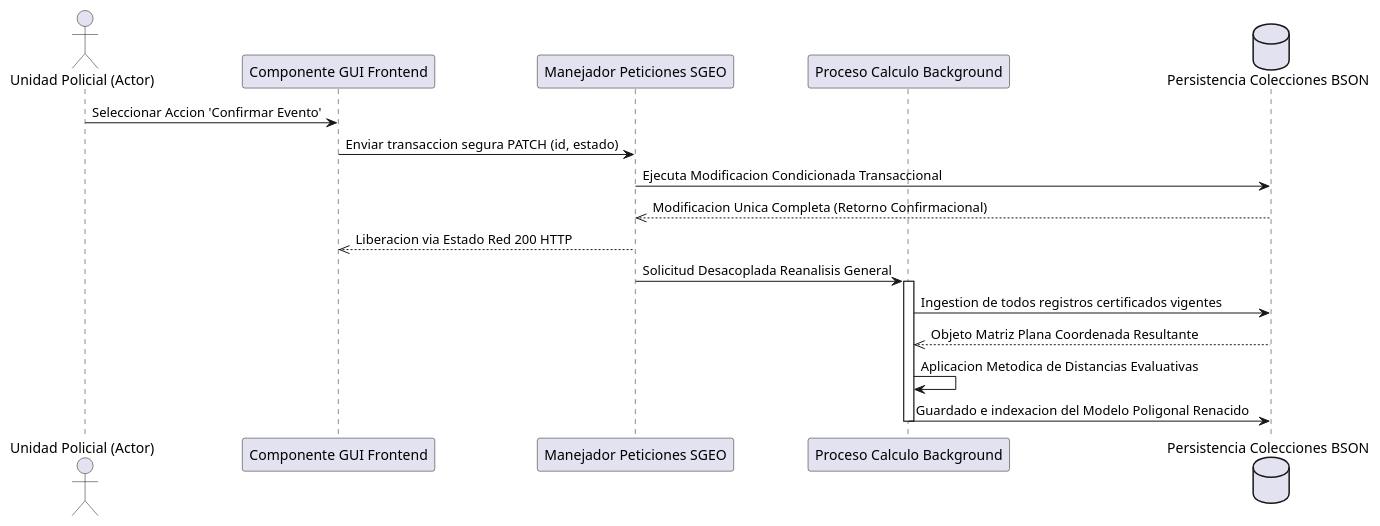
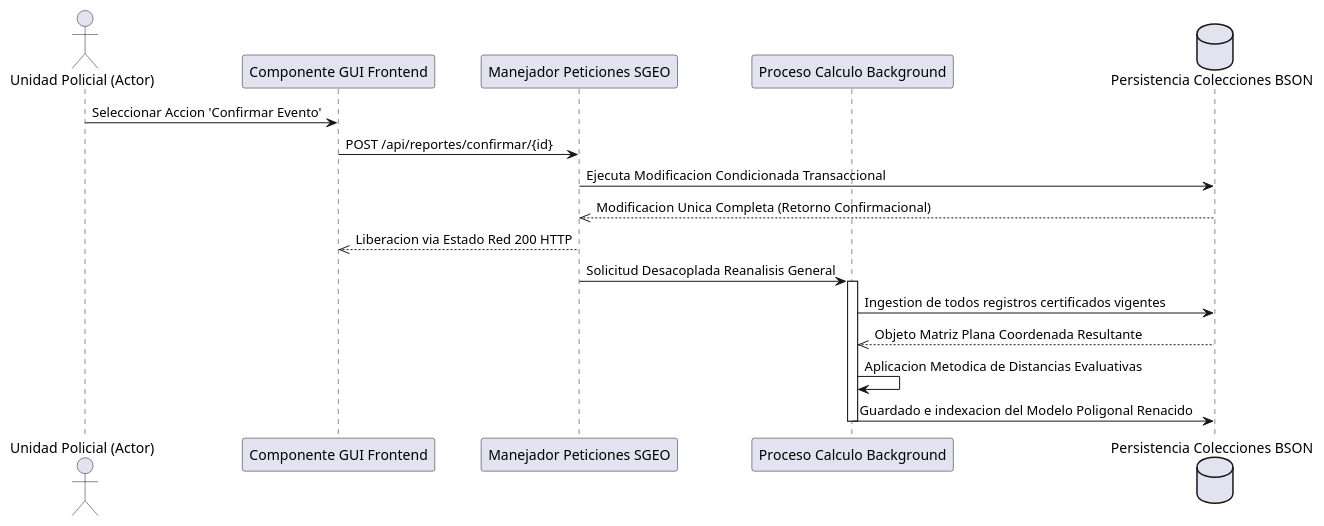
One commit to pieroalexanderppc/sgeo_pp changed the seventh of 8 diagrams in docs/FD03-EPIS-Informe SRS de Proyecto.md. Above: the diagram before and after it, drawn with PlantUML. The commit also changed other lines of this file and 27 other files, not shown here.

````diff
--- a/docs/FD03-EPIS-Informe SRS de Proyecto.md
+++ b/docs/FD03-EPIS-Informe SRS de Proyecto.md
@@ -521,25 +532,25 @@
 ```plantuml
 @startuml
 skinparam shadowing false
 skinparam roundcorner 5
 actor "Unidad Policial (Actor)" as AP
 participant "Componente GUI Frontend" as FP
 participant "Manejador Peticiones SGEO" as REP
 participant "Proceso Calculo Background" as MAT
 database "Persistencia Colecciones BSON" as MDB
 
 AP -> FP : Seleccionar Accion 'Confirmar Evento'
-FP -> REP : Enviar transaccion segura PATCH (id, estado)
+FP -> REP : POST /api/reportes/confirmar/{id}
 REP -> MDB : Ejecuta Modificacion Condicionada Transaccional
 MDB -->> REP : Modificacion Unica Completa (Retorno Confirmacional)
 REP -->> FP : Liberacion via Estado Red 200 HTTP
 
 REP -> MAT : Solicitud Desacoplada Reanalisis General
 activate MAT
 MAT -> MDB : Ingestion de todos registros certificados vigentes
 MDB -->> MAT : Objeto Matriz Plana Coordenada Resultante
 MAT -> MAT : Aplicacion Metodica de Distancias Evaluativas
 MAT -> MDB : Guardado e indexacion del Modelo Poligonal Renacido
 deactivate MAT
 @enduml
 ```
````
